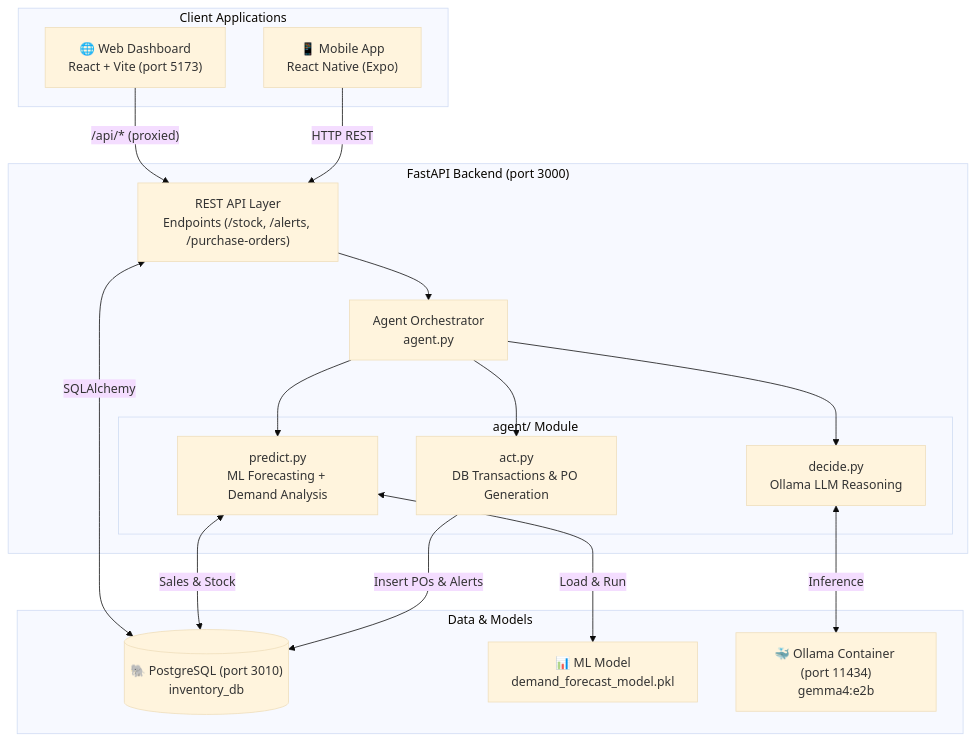
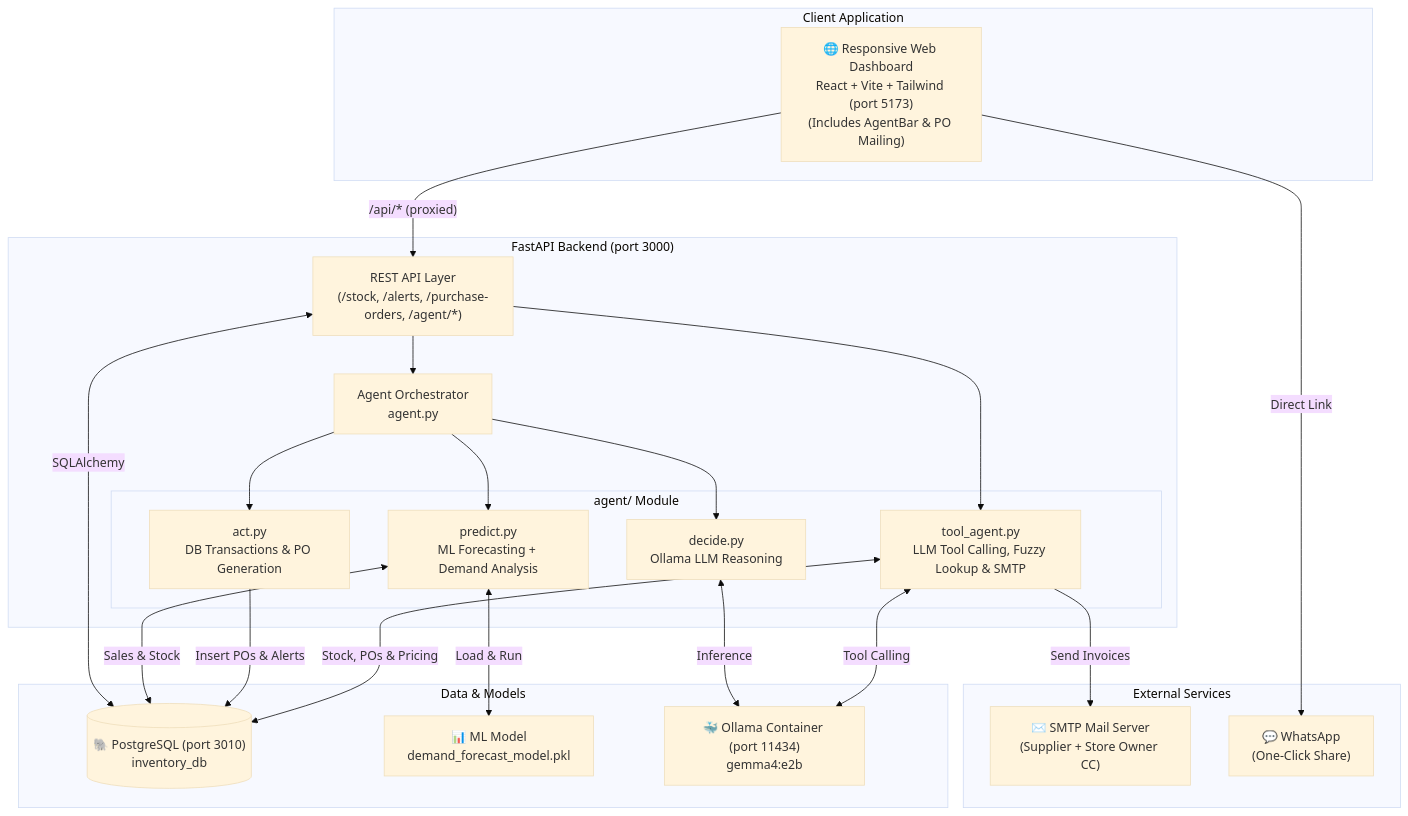
Before and after one commit to AlloyTUBER/smart-inventory-agent: the diagram in README.md, drawn with Mermaid (base theme). The commit also changed other lines of this file, not shown here.

````diff
--- a/README.md
+++ b/README.md
@@ -48,38 +48,47 @@
 ```mermaid
 flowchart TD
-    subgraph Frontend["Client Applications"]
-        Web["🌐 Web Dashboard<br/>React + Vite (port 5173)"]
-        Mobile["📱 Mobile App<br/>React Native (Expo)"]
+    subgraph Frontend["Client Application"]
+        Web["🌐 Responsive Web Dashboard<br/>React + Vite + Tailwind (port 5173)<br/>(Includes AgentBar & PO Mailing)"]
     end
 
     subgraph Backend["FastAPI Backend (port 3000)"]
-        API["REST API Layer<br/>Endpoints (/stock, /alerts, /purchase-orders)"]
+        API["REST API Layer<br/>(/stock, /alerts, /purchase-orders, /agent/*)"]
         Orchestrator["Agent Orchestrator<br/>agent.py"]
         
         subgraph AgentPipeline["agent/ Module"]
             Predict["predict.py<br/>ML Forecasting + Demand Analysis"]
             Decide["decide.py<br/>Ollama LLM Reasoning"]
             Act["act.py<br/>DB Transactions & PO Generation"]
+            ToolAgent["tool_agent.py<br/>LLM Tool Calling, Fuzzy Lookup & SMTP"]
         end
+    end
+
+    subgraph External["External Services"]
+        SMTP["✉️ SMTP Mail Server<br/>(Supplier + Store Owner CC)"]
+        WA["💬 WhatsApp<br/>(One-Click Share)"]
     end
 
     subgraph Storage["Data & Models"]
         DB[("🐘 PostgreSQL (port 3010)<br/>inventory_db")]
         MLModel["📊 ML Model<br/>demand_forecast_model.pkl"]
         LLM["🐳 Ollama Container (port 11434)<br/>gemma4:e2b"]
     end
 
     Web -->|"/api/* (proxied)"| API
-    Mobile -->|HTTP REST| API
+    Web -->|Direct Link| WA
     API --> Orchestrator
+    API --> ToolAgent
     API <-->|SQLAlchemy| DB
     
     Orchestrator --> Predict
     Orchestrator --> Decide
     Orchestrator --> Act
     
     Predict <-->|Load & Run| MLModel
     Predict <-->|Sales & Stock| DB
     Decide <-->|Inference| LLM
     Act -->|Insert POs & Alerts| DB
+    ToolAgent <-->|Tool Calling| LLM
+    ToolAgent <-->|Stock, POs & Pricing| DB
+    ToolAgent -->|Send Invoices| SMTP
 ```
````
